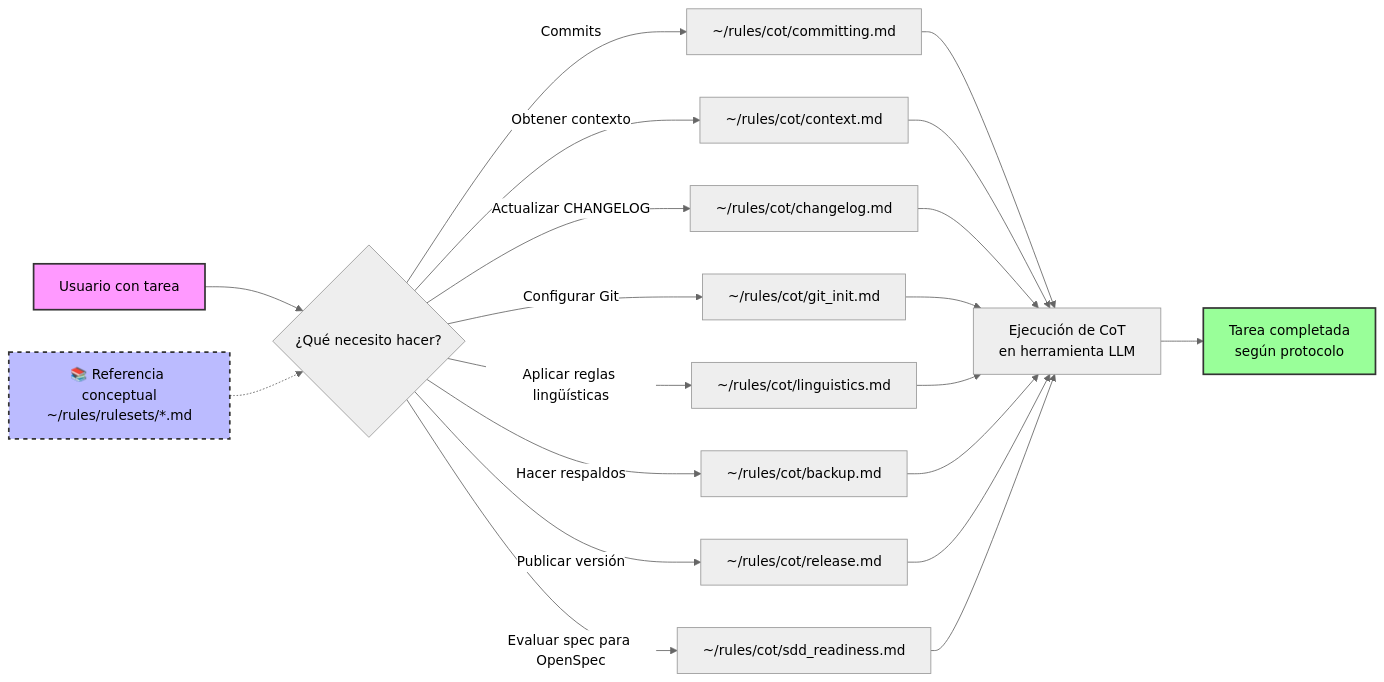
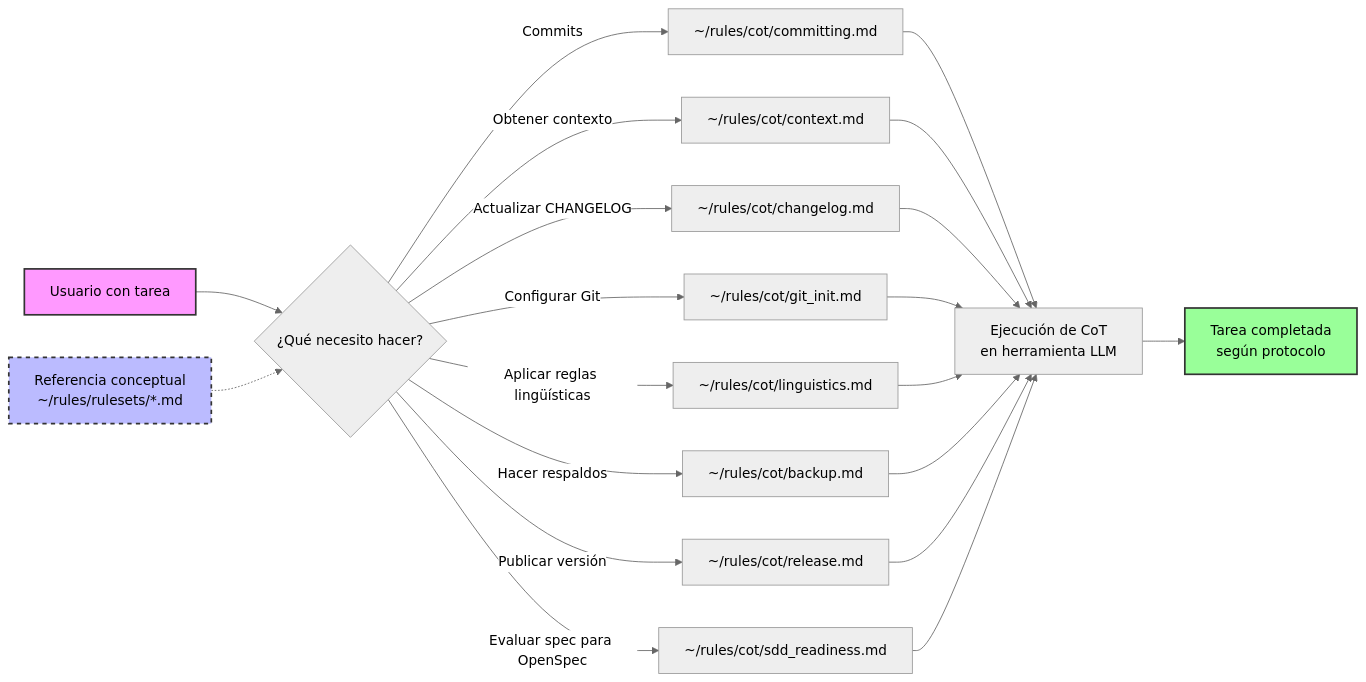
The first of 2 diagrams in README.md (incognia/rules), drawn with Mermaid (neutral theme) before and after one commit. The commit also changed other lines of this file and 89 other files, not shown here.

````diff
--- a/README.md
+++ b/README.md
@@ -87,29 +75,29 @@
 ```mermaid
 flowchart LR
     A["Usuario con tarea"] --> B{"¿Qué necesito hacer?"}
     B -->|Commits| C["~/rules/cot/committing.md"]
     B -->|Obtener contexto| D["~/rules/cot/context.md"]
     B -->|Actualizar CHANGELOG| E["~/rules/cot/changelog.md"]
     B -->|Configurar Git| F["~/rules/cot/git_init.md"]
     B -->|Aplicar reglas lingüísticas| G["~/rules/cot/linguistics.md"]
     B -->|Hacer respaldos| H["~/rules/cot/backup.md"]
     B -->|Publicar versión| L["~/rules/cot/release.md"]
     B -->|Evaluar spec para OpenSpec| M["~/rules/cot/sdd_readiness.md"]
     
     C --> I["Ejecución de CoT<br/>en herramienta LLM"]
     D --> I
     E --> I
     F --> I
     G --> I
     H --> I
     L --> I
     M --> I
     
     I --> J["Tarea completada<br/>según protocolo"]
     
-    K["📚 Referencia conceptual<br/>~/rules/rulesets/*.md"] -.-> B
+    K["Referencia conceptual<br/>~/rules/rulesets/*.md"] -.-> B
     
     style A fill:#f9f,stroke:#333,stroke-width:2px
     style J fill:#9f9,stroke:#333,stroke-width:2px
     style K fill:#bbf,stroke:#333,stroke-width:2px,stroke-dasharray: 5 5
 ```
````
